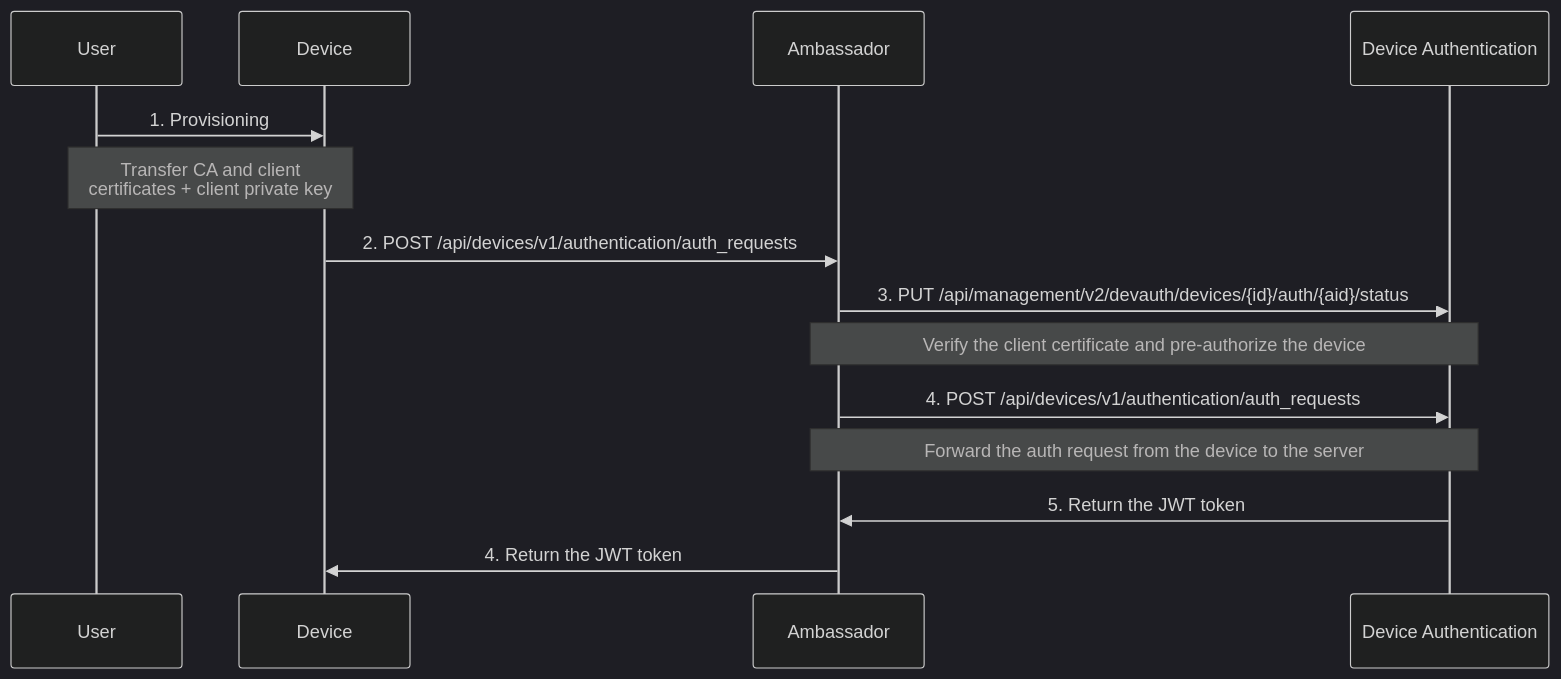
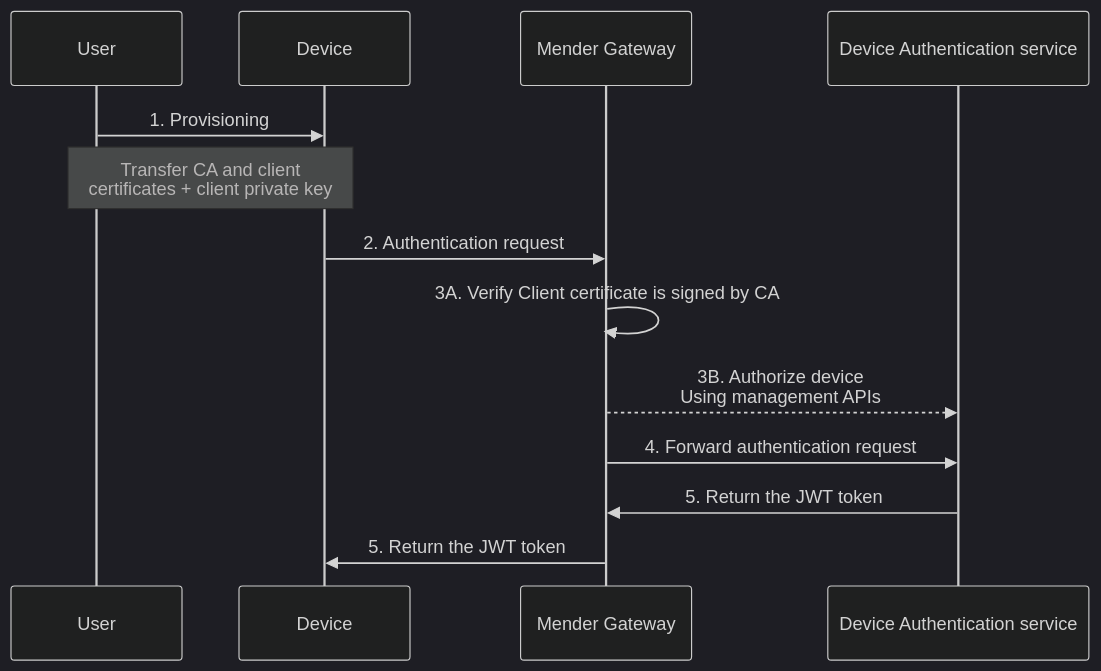
Before and after one commit to mendersoftware/mender-docs: the diagram in 02.Overview/13.Device-authentication/mtls.mmd, drawn with Mermaid (dark theme). The commit also changed 6 other files, not shown here.

First line of the commit message:
chore: Replace mtls-ambassador with mender-gateway and refresh the docs

```diff
--- a/02.Overview/13.Device-authentication/mtls.mmd
+++ b/02.Overview/13.Device-authentication/mtls.mmd
@@ -1,10 +1,9 @@
 sequenceDiagram
     User ->> Device: 1. Provisioning
     Note over User,Device: Transfer CA and client<br>certificates + client private key
-    Device ->> Ambassador: 2. POST /api/devices/v1/authentication/auth_requests
-    Ambassador ->> Device Authentication: 3. PUT /api/management/v2/devauth/devices/{id}/auth/{aid}/status
-    Note over Ambassador,Device Authentication: Verify the client certificate and pre-authorize the device
-    Ambassador ->> Device Authentication: 4. POST /api/devices/v1/authentication/auth_requests
-    Note over Ambassador,Device Authentication: Forward the auth request from the device to the server
-    Device Authentication ->> Ambassador: 5. Return the JWT token
-    Ambassador ->> Device: 4. Return the JWT token
+    Device ->> Mender Gateway: 2. Authentication request
+    Mender Gateway ->> Mender Gateway: 3A. Verify Client certificate is signed by CA
+    Mender Gateway -->> Device Authentication service: 3B. Authorize device<br>Using management APIs
+    Mender Gateway ->> Device Authentication service: 4. Forward authentication request
+    Device Authentication service ->> Mender Gateway: 5. Return the JWT token
+    Mender Gateway ->> Device: 5. Return the JWT token
```
